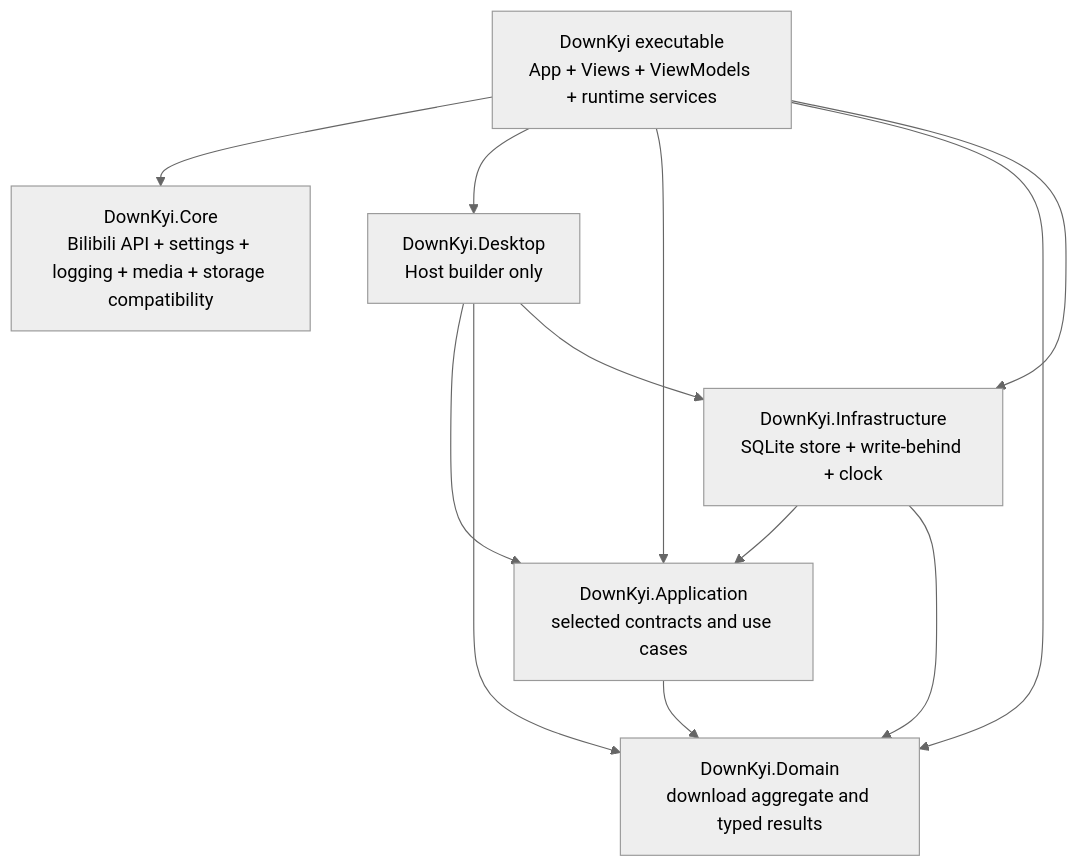
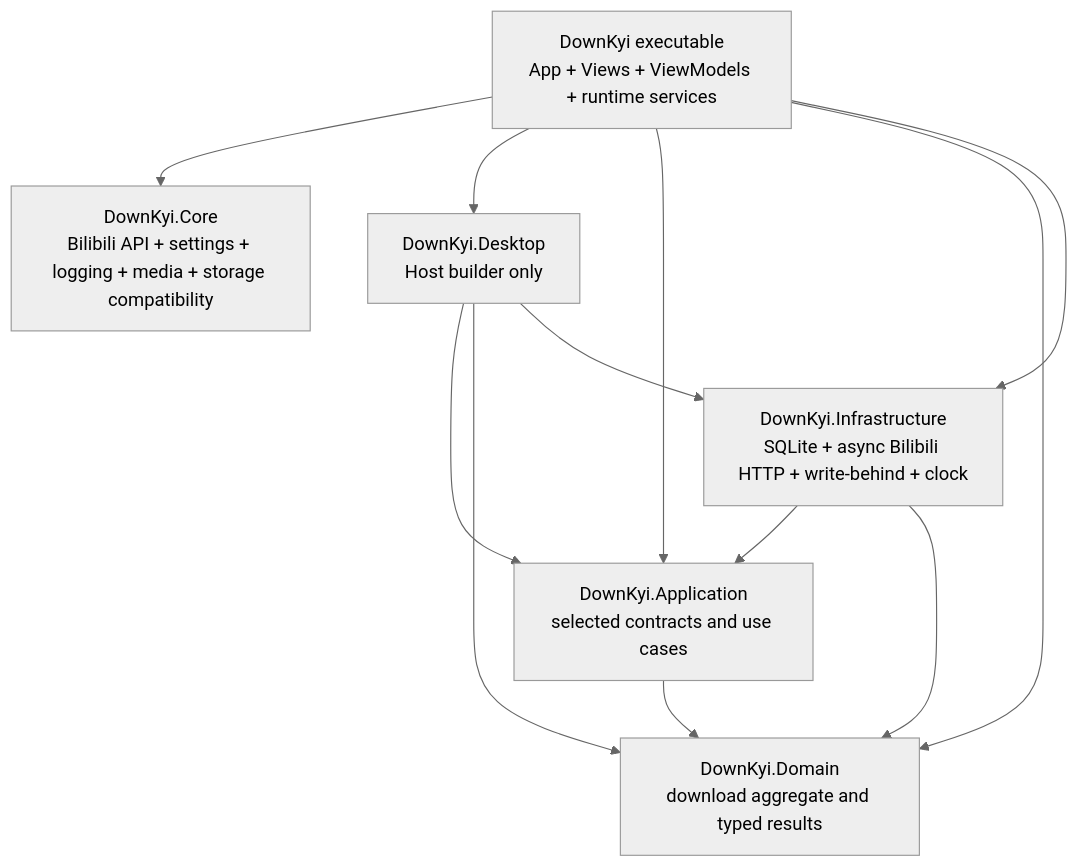
One commit to 403a/downkyicore changed the first of 4 diagrams in ARCHITECTURE.md. Above: the diagram before and after it, drawn with Mermaid (neutral theme). The commit also changed other lines of this file and 111 other files, not shown here.

Commit message:
refactor(http): inject async Bilibili infrastructure

````diff
--- a/ARCHITECTURE.md
+++ b/ARCHITECTURE.md
@@ -17,21 +17,21 @@
 ```mermaid
 flowchart TD
     Entry["DownKyi executable\nApp + Views + ViewModels + runtime services"]
     Core["DownKyi.Core\nBilibili API + settings + logging + media + storage compatibility"]
     Desktop["DownKyi.Desktop\nHost builder only"]
     Application["DownKyi.Application\nselected contracts and use cases"]
     Domain["DownKyi.Domain\ndownload aggregate and typed results"]
-    Infrastructure["DownKyi.Infrastructure\nSQLite store + write-behind + clock"]
+    Infrastructure["DownKyi.Infrastructure\nSQLite + async Bilibili HTTP + write-behind + clock"]
 
     Entry --> Core
     Entry --> Desktop
     Entry --> Application
     Entry --> Domain
     Entry --> Infrastructure
     Desktop --> Application
     Desktop --> Domain
     Desktop --> Infrastructure
     Infrastructure --> Application
     Infrastructure --> Domain
     Application --> Domain
 ```
````
